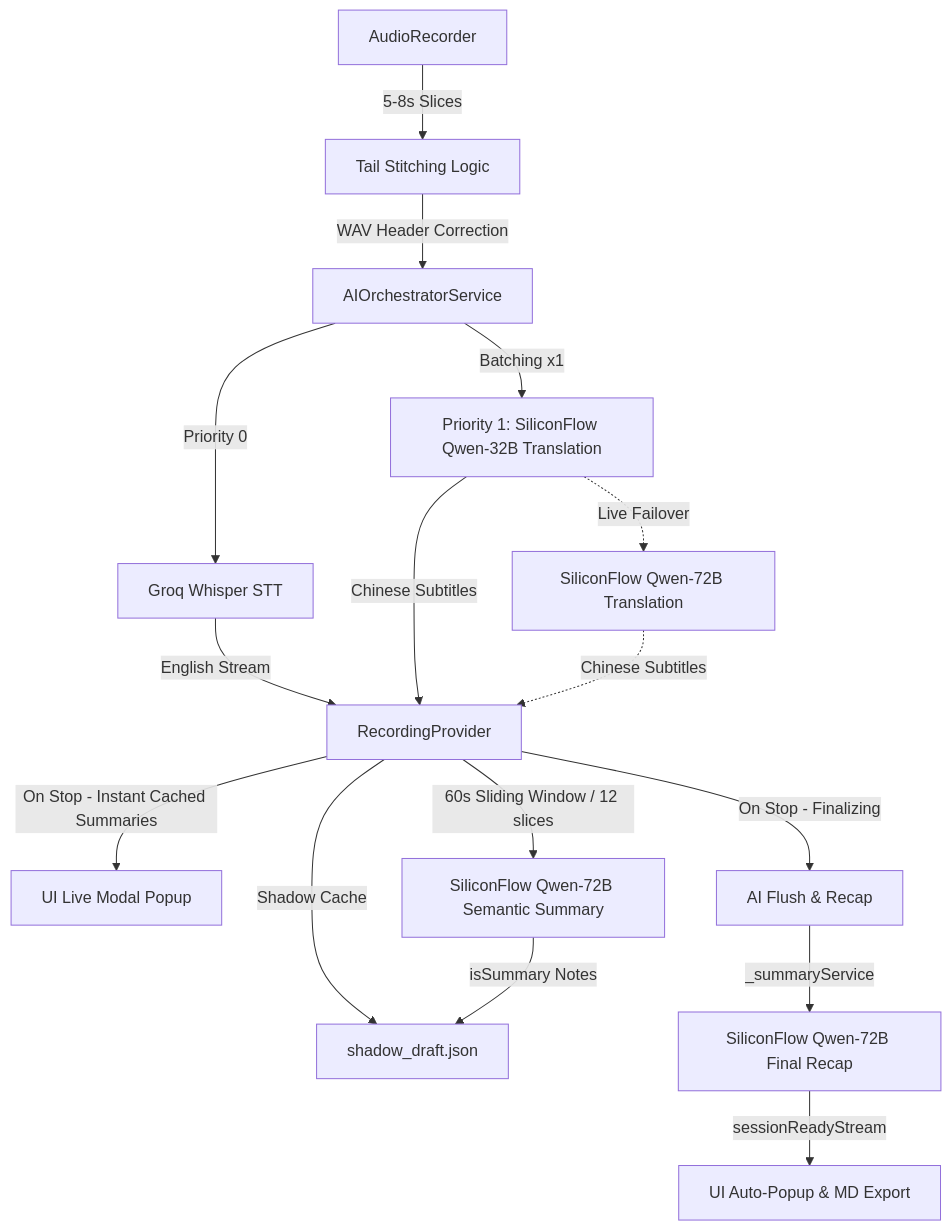
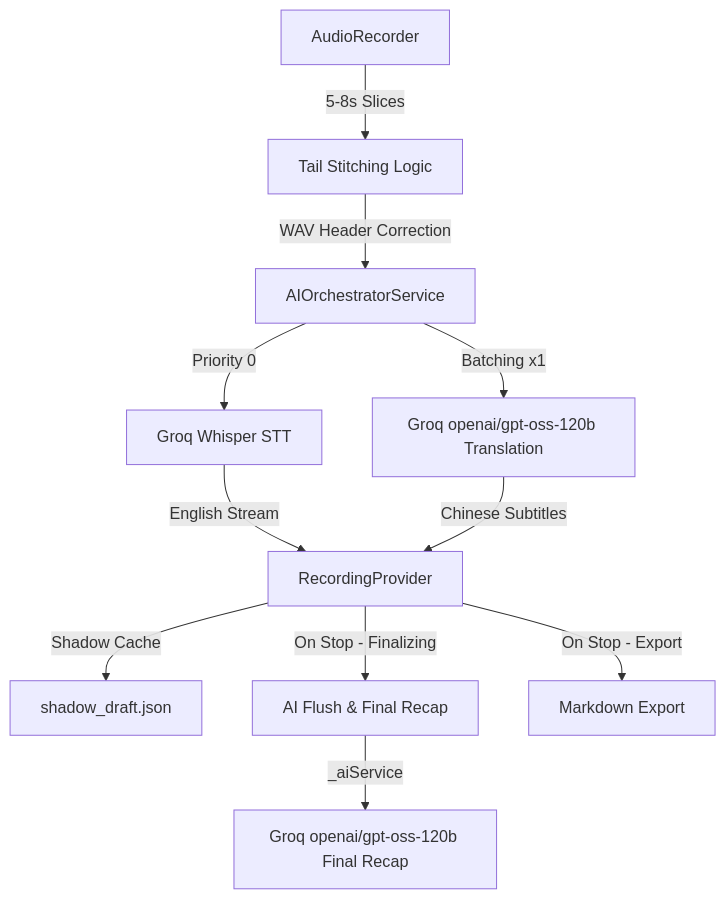
One commit to weiweicici/Jeff_notes changed the diagram in ARCHITECTURE.md. Above: the diagram before and after it, drawn with Mermaid. The commit also changed other lines of this file and 21 other files, not shown here.

````diff
--- a/ARCHITECTURE.md
+++ b/ARCHITECTURE.md
@@ -7,18 +7,13 @@
 ```mermaid
 graph TD
     A[AudioRecorder] -->|5-8s Slices| B[Tail Stitching Logic]
     B -->|WAV Header Correction| C[AIOrchestratorService]
     C -->|Priority 0| D[Groq Whisper STT]
     D -->|English Stream| E[RecordingProvider]
-    C -->|Batching x1| F[Priority 1: SiliconFlow Qwen-32B Translation]
+    C -->|Batching x1| F[Groq openai/gpt-oss-120b Translation]
     F -->|Chinese Subtitles| E
-    F -.->|Live Failover| SF[SiliconFlow Qwen-72B Translation]
-    SF -.->|Chinese Subtitles| E
     E -->|Shadow Cache| G[shadow_draft.json]
-    E -->|On Stop - Instant Cached Summaries| POP[UI Live Modal Popup]
-    E -->|On Stop - Finalizing| H[AI Flush & Recap]
-    H -->|_summaryService| I[SiliconFlow Qwen-72B Final Recap]
-    E -->|60s Sliding Window / 12 slices| QW[SiliconFlow Qwen-72B Semantic Summary]
-    QW -->|isSummary Notes| G
-    I -->|sessionReadyStream| J[UI Auto-Popup & MD Export]
+    E -->|On Stop - Finalizing| H[AI Flush & Final Recap]
+    H -->|_aiService| I[Groq openai/gpt-oss-120b Final Recap]
+    E -->|On Stop - Export| J[Markdown Export]
 ```
````
